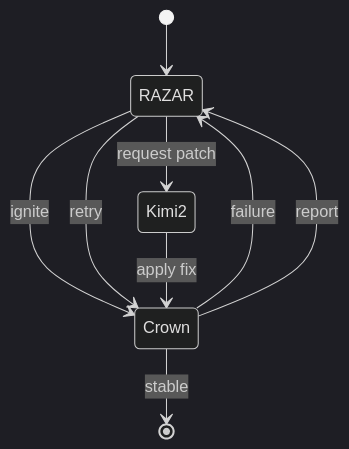
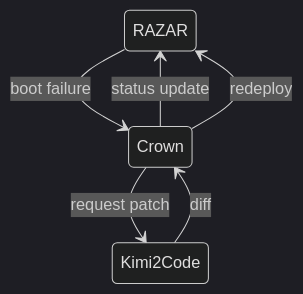
One commit to DINGIRABZU/ABZU changed the diagram in docs/ignition_blueprint.md. Above: the diagram before and after it, drawn with Mermaid (dark theme). The commit also changed other lines of this file and 5 other files, not shown here.

Commit message:
chore: document AI retry flow

````diff
--- a/docs/ignition_blueprint.md
+++ b/docs/ignition_blueprint.md
@@ -13,11 +5,8 @@
 ```mermaid
 stateDiagram-v2
-    [*] --> RAZAR
-    RAZAR --> Crown: ignite
-    Crown --> RAZAR: failure
-    RAZAR --> Crown: retry
-    RAZAR --> Kimi2: request patch
-    Kimi2 --> Crown: apply fix
-    Crown --> RAZAR: report
-    Crown --> [*]: stable
+    RAZAR --> Crown: boot failure
+    Crown --> RAZAR: status update
+    Crown --> Kimi2Code: request patch
+    Kimi2Code --> Crown: diff
+    Crown --> RAZAR: redeploy
 ```
````
